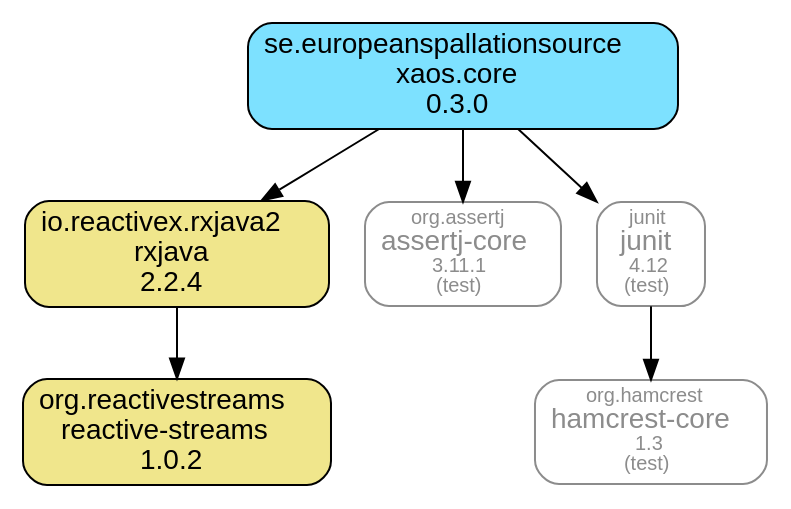
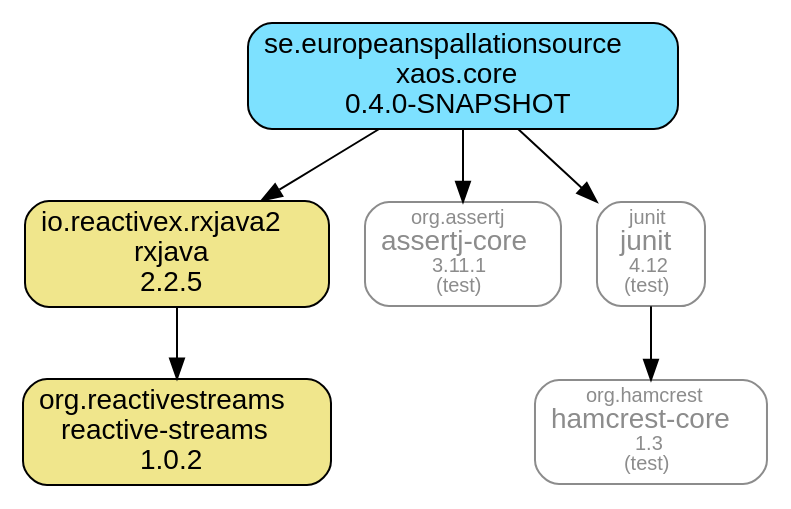
One commit to ESSICS/XAOS changed the diagram in xaos.core.module/doc/maven-dependencies.dot. Above: the diagram before and after it, drawn with Graphviz. The commit also changed 16 other files, not shown here.

```diff
--- a/xaos.core.module/doc/maven-dependencies.dot
+++ b/xaos.core.module/doc/maven-dependencies.dot
@@ -1,19 +1,19 @@
 digraph "xaos.core" {
   node [shape="box",style="rounded",fontname="Helvetica",fontsize="14"]
   edge [fontsize="10",fontname="Helvetica"]
 
   // Node Definitions:
-  "io.reactivex.rxjava2:rxjava:jar"[shape="box",style="rounded, filled",fillcolor="khaki",label=<io.reactivex.rxjava2<br/>rxjava<br/>2.2.4>]
+  "io.reactivex.rxjava2:rxjava:jar"[shape="box",style="rounded, filled",fillcolor="khaki",label=<io.reactivex.rxjava2<br/>rxjava<br/>2.2.5>]
   "org.reactivestreams:reactive-streams:jar"[shape="box",style="rounded, filled",fillcolor="khaki",label=<org.reactivestreams<br/>reactive-streams<br/>1.0.2>]
-  "se.europeanspallationsource:xaos.core:jar"[shape="box",style="rounded, filled",fillcolor="#7DE1FF",label=<se.europeanspallationsource<br/>xaos.core<br/>0.3.0>]
+  "se.europeanspallationsource:xaos.core:jar"[shape="box",style="rounded, filled",fillcolor="#7DE1FF",label=<se.europeanspallationsource<br/>xaos.core<br/>0.4.0-SNAPSHOT>]
   "org.assertj:assertj-core:jar"[shape="box",style="rounded",color="grey55",fontname="Helvetica",fontsize="14",fontcolor="grey55",label=<<font color="grey55" point-size="10">org.assertj</font><br/>assertj-core<font color="grey55" point-size="10"><br/>3.11.1</font><font color="grey55" point-size="10"><br/>(test)</font>>]
   "junit:junit:jar"[shape="box",style="rounded",color="grey55",fontname="Helvetica",fontsize="14",fontcolor="grey55",label=<<font color="grey55" point-size="10">junit</font><br/>junit<font color="grey55" point-size="10"><br/>4.12</font><font color="grey55" point-size="10"><br/>(test)</font>>]
   "org.hamcrest:hamcrest-core:jar"[shape="box",style="rounded",color="grey55",fontname="Helvetica",fontsize="14",fontcolor="grey55",label=<<font color="grey55" point-size="10">org.hamcrest</font><br/>hamcrest-core<font color="grey55" point-size="10"><br/>1.3</font><font color="grey55" point-size="10"><br/>(test)</font>>]
 
   // Edge Definitions:
   "io.reactivex.rxjava2:rxjava:jar" -> "org.reactivestreams:reactive-streams:jar"
   "se.europeanspallationsource:xaos.core:jar" -> "io.reactivex.rxjava2:rxjava:jar"
   "se.europeanspallationsource:xaos.core:jar" -> "org.assertj:assertj-core:jar"
   "junit:junit:jar" -> "org.hamcrest:hamcrest-core:jar"
   "se.europeanspallationsource:xaos.core:jar" -> "junit:junit:jar"
 }
```
